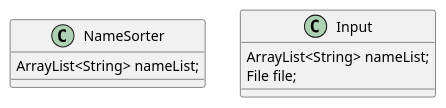
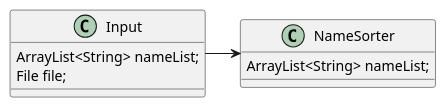
The diagram in src/main/java/ex41/NameSorter.puml (nick-vigg/Viggiani-cop3330-assignment3), drawn with PlantUML before and after one commit. The commit also changed 1 other file, not shown here.

```diff
--- a/src/main/java/ex41/NameSorter.puml
+++ b/src/main/java/ex41/NameSorter.puml
@@ -1,11 +1,12 @@
 @startuml
 'https://plantuml.com/sequence-diagram
 
 class NameSorter{
 ArrayList<String> nameList;
 }
 class Input{
 ArrayList<String> nameList;
 File file;
 }
+Input->NameSorter
 @enduml
```
